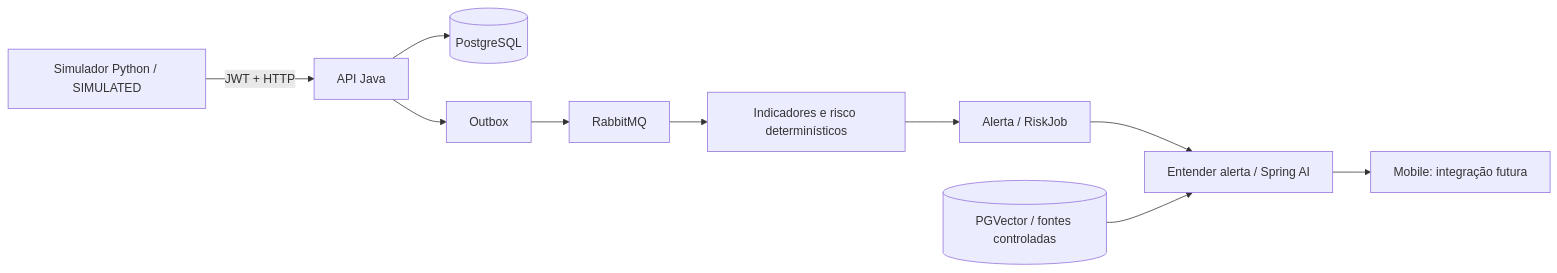
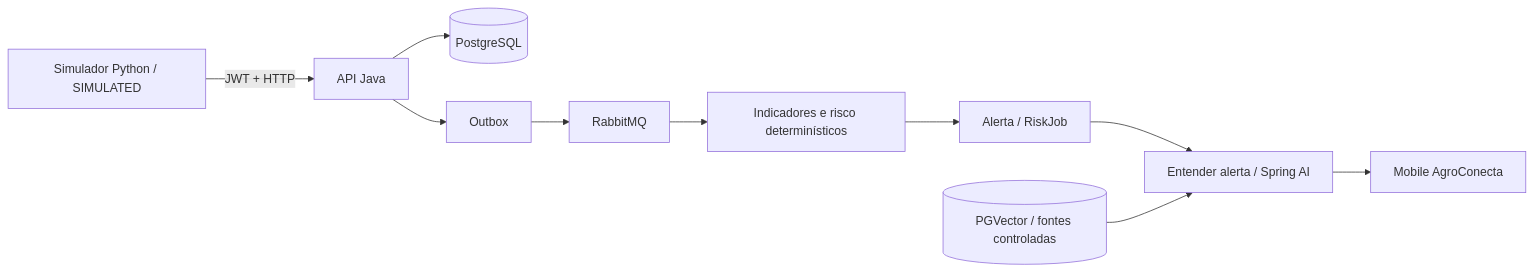
One commit to LucasViana130/agro-conecta-iot-ai changed the diagram in README.md. Above: the diagram before and after it, drawn with Mermaid. The commit also changed other lines of this file and 14 other files, not shown here.

````diff
--- a/README.md
+++ b/README.md
@@ -9,12 +9,12 @@
 ```mermaid
 flowchart LR
   S[Simulador Python / SIMULATED] -->|JWT + HTTP| J[API Java]
   J --> DB[(PostgreSQL)]
   J --> O[Outbox]
   O --> R[RabbitMQ]
   R --> D[Indicadores e risco determinísticos]
   D --> A[Alerta / RiskJob]
   A --> G[Entender alerta / Spring AI]
   V[(PGVector / fontes controladas)] --> G
-  G --> M[Mobile: integração futura]
+  G --> M[Mobile AgroConecta]
 ```
````
